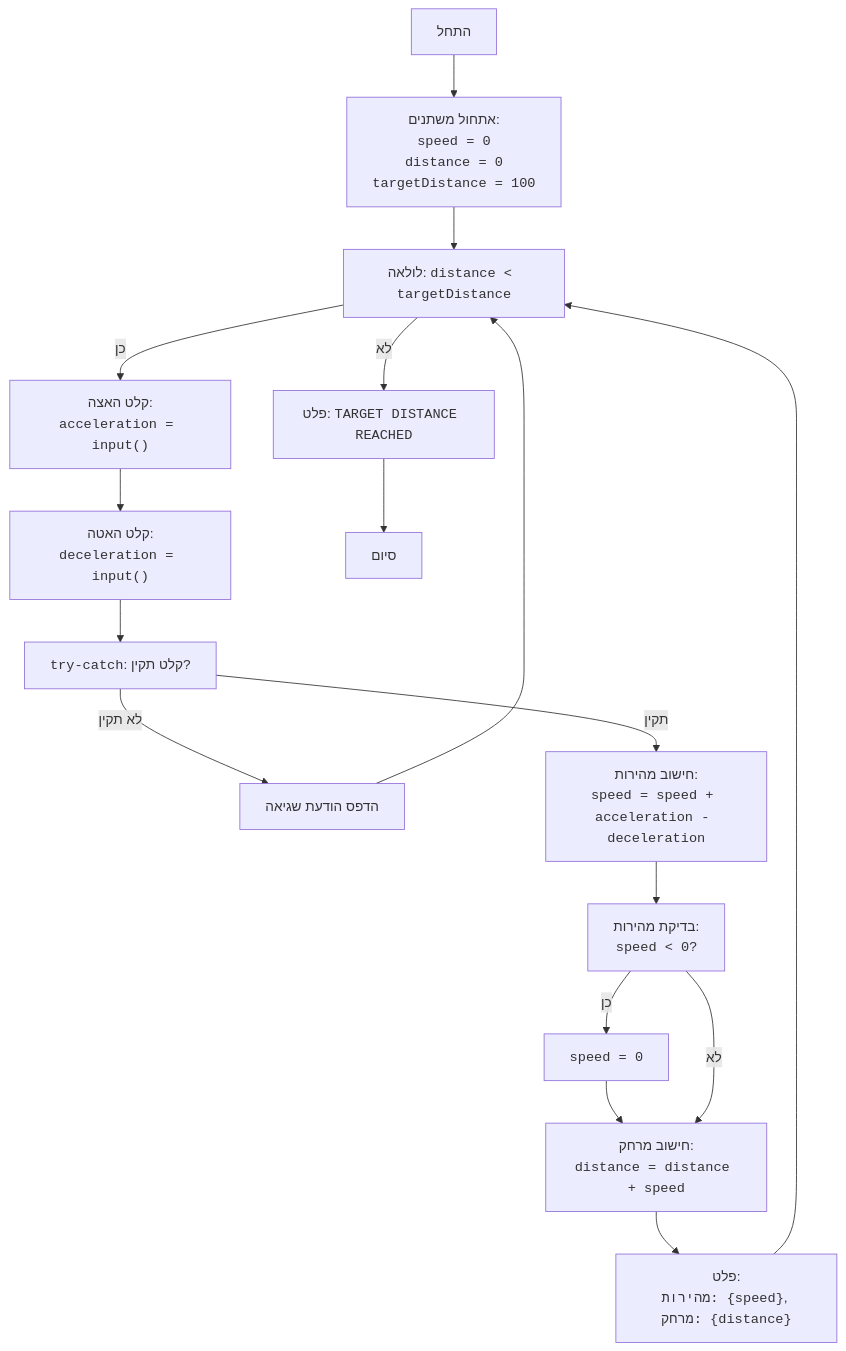
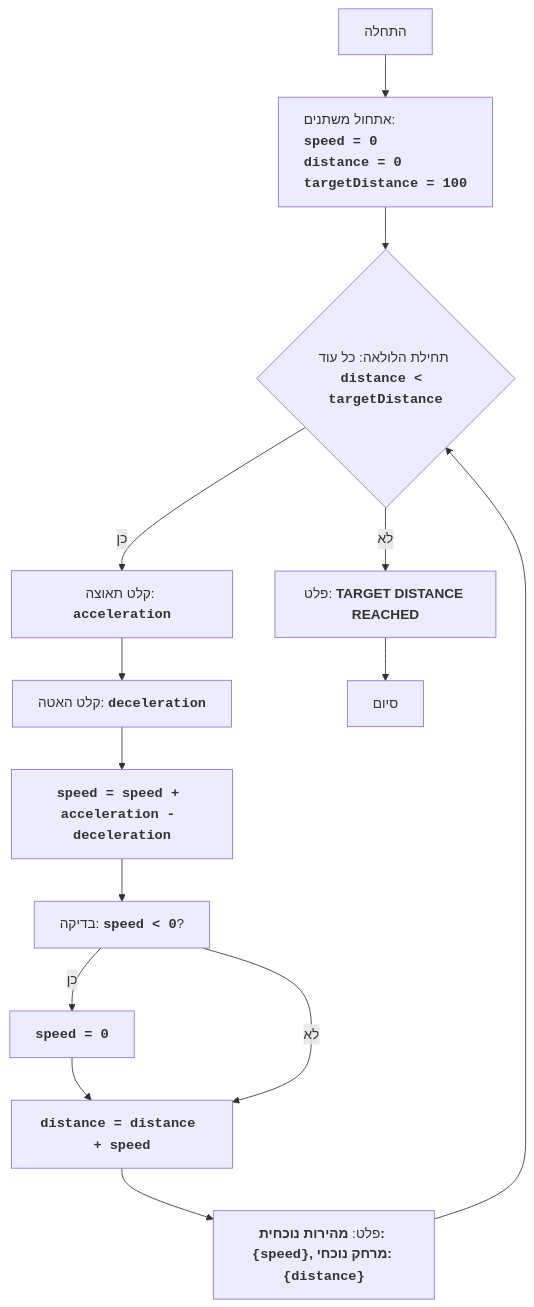
The diagram in docs/gemini/he/explainer/src/endpoints/ai_games/101_basic_computer_games/ru/GAMES/TRAIN/train.py.md (hypo69/hypo), drawn with Mermaid before and after one commit. The commit also changed other lines of this file and 885 other files, not shown here.

````diff
--- a/docs/gemini/he/explainer/src/endpoints/ai_games/101_basic_computer_games/ru/GAMES/TRAIN/train.py.md
+++ b/docs/gemini/he/explainer/src/endpoints/ai_games/101_basic_computer_games/ru/GAMES/TRAIN/train.py.md
@@ -50,19 +39,16 @@
 ```mermaid
 flowchart TD
-    Start["התחל"] --> InitializeVariables["אתחול משתנים:\n<code>speed = 0</code>\n<code>distance = 0</code>\n<code>targetDistance = 100</code>"]
-    InitializeVariables --> LoopStart["לולאה: <code>distance < targetDistance</code>"]
-    LoopStart -- "כן" --> InputAcceleration["קלט האצה:\n<code>acceleration = input()</code>"]
-    InputAcceleration --> InputDeceleration["קלט האטה:\n<code>deceleration = input()</code>"]
-     InputDeceleration --> TryCatchBlock["<code>try-catch</code>: קלט תקין?"]
-    TryCatchBlock -- "לא תקין" --> PrintError["הדפס הודעת שגיאה"]
-    PrintError --> LoopStart
-     TryCatchBlock -- "תקין" --> CalculateSpeed["חישוב מהירות:\n<code>speed = speed + acceleration - deceleration</code>"]
-    CalculateSpeed --> CheckSpeed["בדיקת מהירות:\n<code>speed < 0</code>?"]
-    CheckSpeed -- "כן" --> SetSpeedZero["<code>speed = 0</code>"]
-    SetSpeedZero --> CalculateDistance["חישוב מרחק:\n<code>distance = distance + speed</code>"]
-    CheckSpeed -- "לא" --> CalculateDistance
-     CalculateDistance --> OutputStatus["פלט:\n<code>מהירות: {speed}</code>, <code>מרחק: {distance}</code>"]
+    Start["התחלה"] --> InitializeVariables["<p align='left'>אתחול משתנים:<br><code><b>speed = 0<br>distance = 0<br>targetDistance = 100</b></code></p>"]
+    InitializeVariables --> LoopStart{"תחילת הלולאה: כל עוד <code><b>distance < targetDistance</b></code>"}
+    LoopStart -- כן --> InputAcceleration["קלט תאוצה: <code><b>acceleration</b></code>"]
+    InputAcceleration --> InputDeceleration["קלט האטה: <code><b>deceleration</b></code>"]
+    InputDeceleration --> CalculateSpeed["<code><b>speed = speed + acceleration - deceleration</b></code>"]
+    CalculateSpeed --> CheckSpeed["בדיקה: <code><b>speed < 0</b></code>?"]
+    CheckSpeed -- כן --> SetSpeedZero["<code><b>speed = 0</b></code>"]
+    SetSpeedZero --> CalculateDistance["<code><b>distance = distance + speed</b></code>"]
+    CheckSpeed -- לא --> CalculateDistance
+    CalculateDistance --> OutputStatus["פלט: <b>מהירות נוכחית: <code>{speed}</code>, מרחק נוכחי: <code>{distance}</code></b>"]
     OutputStatus --> LoopStart
-    LoopStart -- "לא" --> OutputEnd["פלט: <code>TARGET DISTANCE REACHED</code>"]
+    LoopStart -- לא --> OutputEnd["פלט: <b>TARGET DISTANCE REACHED</b>"]
     OutputEnd --> End["סיום"]
 ```
````
